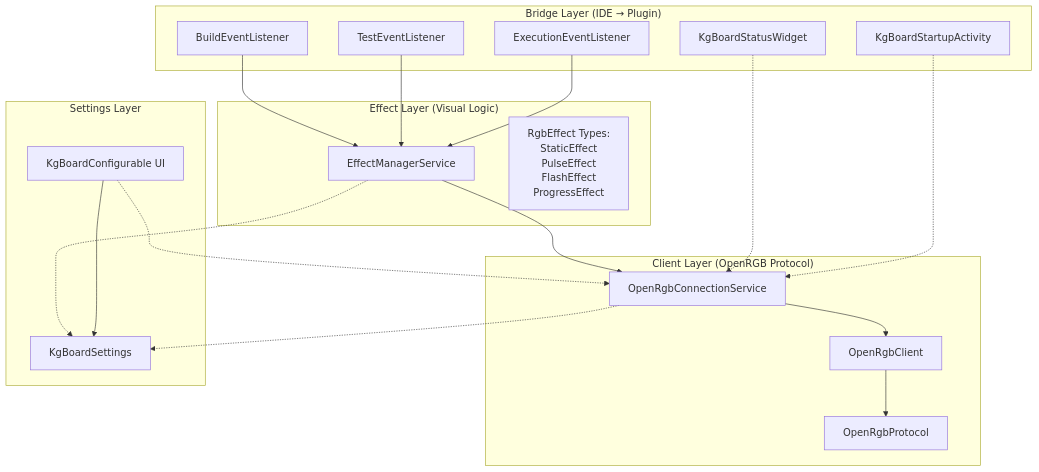
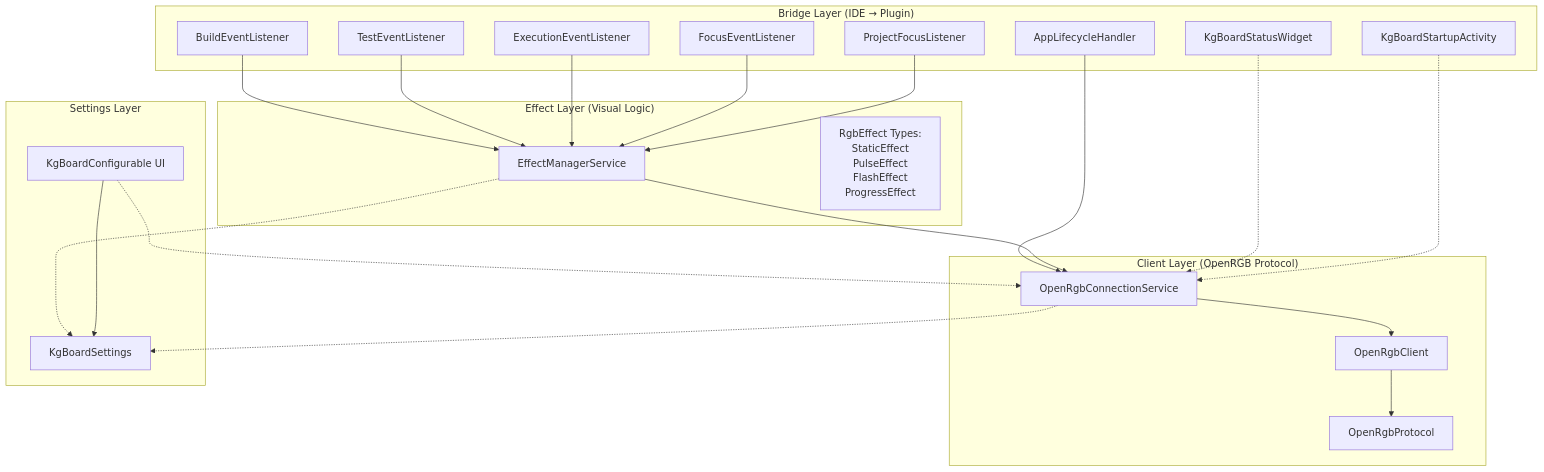
The first of 2 diagrams in README.md (dzerik/KGBoard), drawn with Mermaid before and after one commit. The commit also changed other lines of this file and 2 other files, not shown here.

First line of the commit message:
docs: update README with focus/lifecycle handling and project files

````diff
--- a/README.md
+++ b/README.md
@@ -46,41 +52,47 @@
 ```mermaid
 graph TD
     subgraph Bridge["Bridge Layer (IDE → Plugin)"]
         BuildListener[BuildEventListener]
         TestListener[TestEventListener]
         ExecListener[ExecutionEventListener]
+        FocusListener[FocusEventListener]
+        LifecycleHandler[AppLifecycleHandler]
+        ProjectListener[ProjectFocusListener]
         StartupActivity[KgBoardStartupActivity]
         StatusWidget[KgBoardStatusWidget]
     end
 
     subgraph Effect["Effect Layer (Visual Logic)"]
         EffectManager[EffectManagerService]
         Effects[RgbEffect Types:<br/>StaticEffect<br/>PulseEffect<br/>FlashEffect<br/>ProgressEffect]
     end
 
     subgraph Client["Client Layer (OpenRGB Protocol)"]
         ConnectionService[OpenRgbConnectionService]
         RgbClient[OpenRgbClient]
         Protocol[OpenRgbProtocol]
     end
 
     subgraph Settings["Settings Layer"]
         KgBoardSettings[KgBoardSettings]
         Configurable[KgBoardConfigurable UI]
     end
 
     BuildListener --> EffectManager
     TestListener --> EffectManager
     ExecListener --> EffectManager
+    FocusListener --> EffectManager
+    LifecycleHandler --> ConnectionService
+    ProjectListener --> EffectManager
     EffectManager --> ConnectionService
     ConnectionService --> RgbClient
     RgbClient --> Protocol
 
     EffectManager -.-> KgBoardSettings
     ConnectionService -.-> KgBoardSettings
     StatusWidget -.-> ConnectionService
     StartupActivity -.-> ConnectionService
 
     Configurable --> KgBoardSettings
     Configurable -.-> ConnectionService
 ```
````
